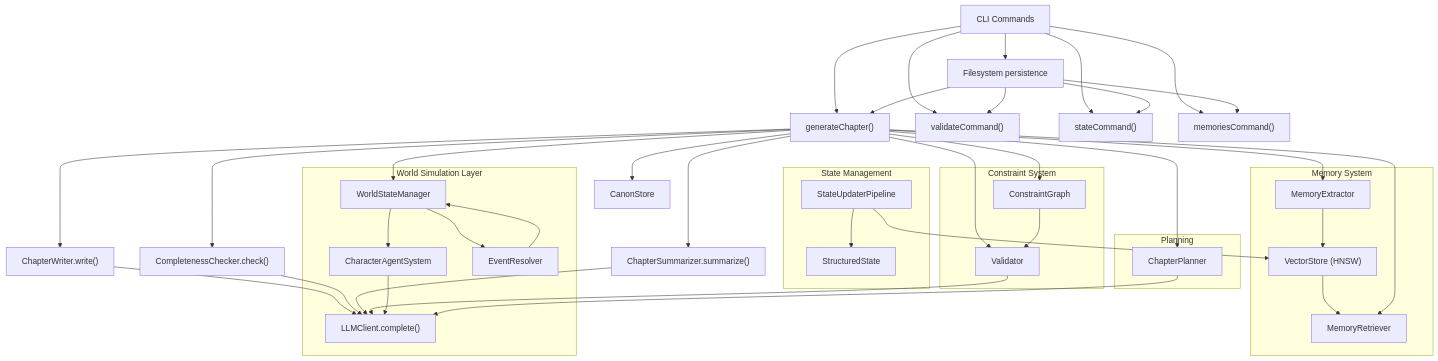
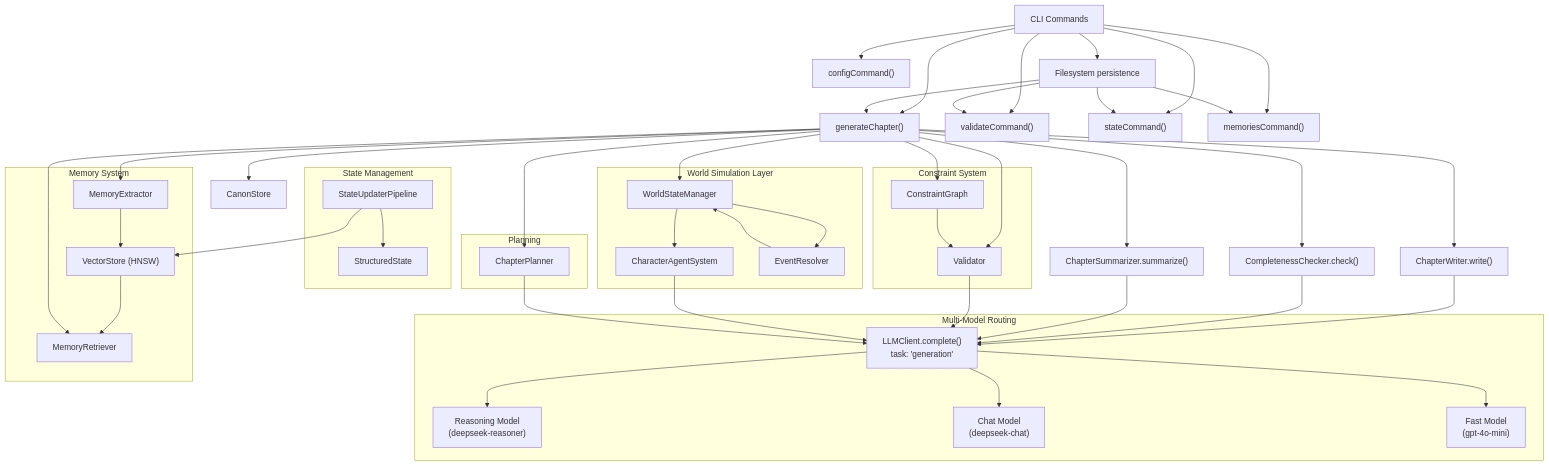
One commit to liwonder/NARRITIVE_OS changed the second of 14 diagrams in .qoder/repowiki/en/content/Engine Architecture/Engine Architecture.md. Above: the diagram before and after it, drawn with Mermaid. The commit also changed other lines of this file and 12 other files, not shown here.

````diff
--- a/.qoder/repowiki/en/content/Engine Architecture/Engine Architecture.md
+++ b/.qoder/repowiki/en/content/Engine Architecture/Engine Architecture.md
@@ -185,57 +191,63 @@
 ```mermaid
 graph TB
 CLI["CLI Commands"] --> Gen["generateChapter()"]
 CLI --> Validate["validateCommand()"]
 CLI --> StateCmd["stateCommand()"]
 CLI --> MemoriesCmd["memoriesCommand()"]
+CLI --> ConfigCmd["configCommand()"]
 Gen --> Writer["ChapterWriter.write()"]
 Gen --> Checker["CompletenessChecker.check()"]
 Gen --> Summarizer["ChapterSummarizer.summarize()"]
 Gen --> Validator["CanonValidator.validate()"]
-Writer --> LLM["LLMClient.complete()"]
+Writer --> LLM["LLMClient.complete()<br/>task: 'generation'"]
 Checker --> LLM
 Summarizer --> LLM
 Validator --> LLM
+subgraph "Multi-Model Routing"
+LLM --> Reasoning["Reasoning Model<br/>(deepseek-reasoner)"]
+LLM --> Chat["Chat Model<br/>(deepseek-chat)"]
+LLM --> Fast["Fast Model<br/>(gpt-4o-mini)"]
+end
 subgraph "Memory System"
 VectorStore["VectorStore (HNSW)"]
 MemoryRetriever["MemoryRetriever"]
 MemoryExtractor["MemoryExtractor"]
 VectorStore --> MemoryRetriever
 MemoryExtractor --> VectorStore
 end
 subgraph "State Management"
 StructuredState["StructuredState"]
 StateUpdater["StateUpdaterPipeline"]
 StateUpdater --> VectorStore
 StateUpdater --> StructuredState
 end
 subgraph "World Simulation Layer"
 WorldState["WorldStateManager"]
 CharacterAgent["CharacterAgentSystem"]
 EventResolver["EventResolver"]
 WorldState --> CharacterAgent
 WorldState --> EventResolver
 CharacterAgent --> LLM
 EventResolver --> WorldState
 end
 subgraph "Constraint System"
 ConstraintGraph["ConstraintGraph"]
 Validator["Validator"]
 ConstraintGraph --> Validator
 end
 subgraph "Planning"
 ChapterPlanner["ChapterPlanner"]
 ChapterPlanner --> LLM
 end
 Gen --> Canon["CanonStore"]
 Gen --> ConstraintGraph
 Gen --> WorldState
 Gen --> ChapterPlanner
 Gen --> MemoryRetriever
 Gen --> MemoryExtractor
 CLI --> Store["Filesystem persistence"]
 Store --> Gen
 Store --> Validate
 Store --> StateCmd
 Store --> MemoriesCmd
 ```
````
